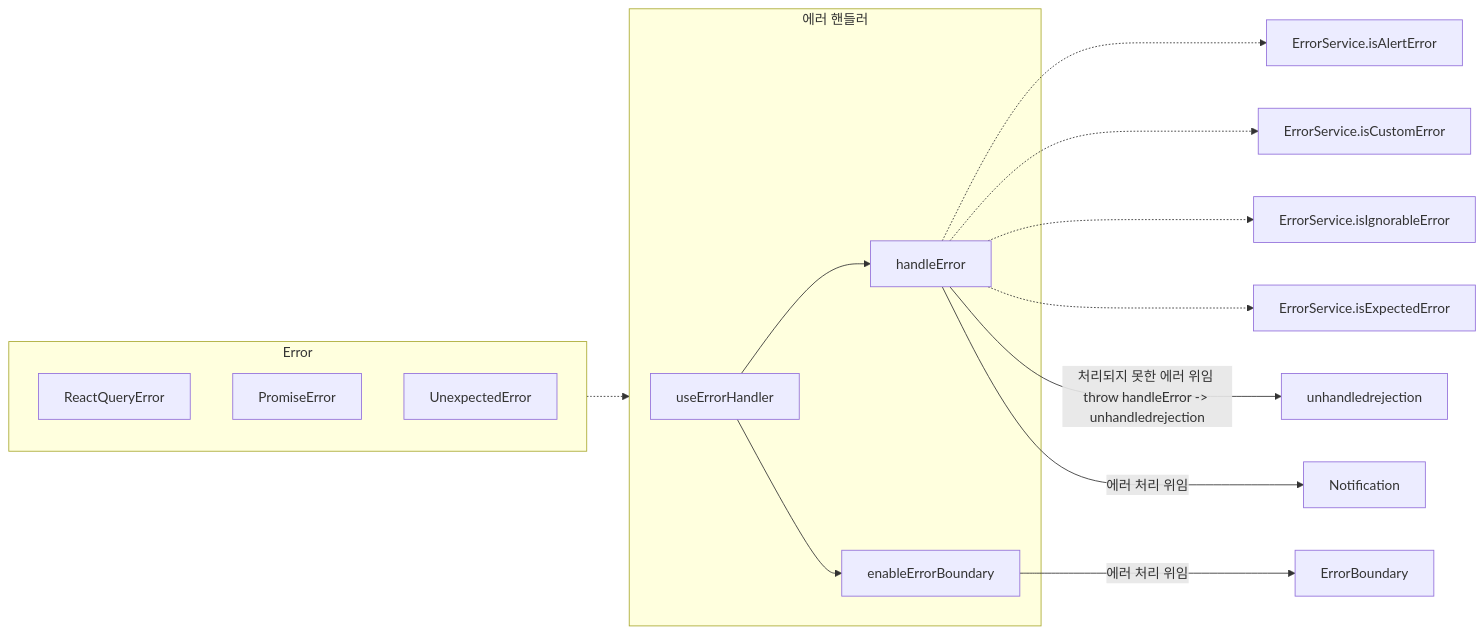
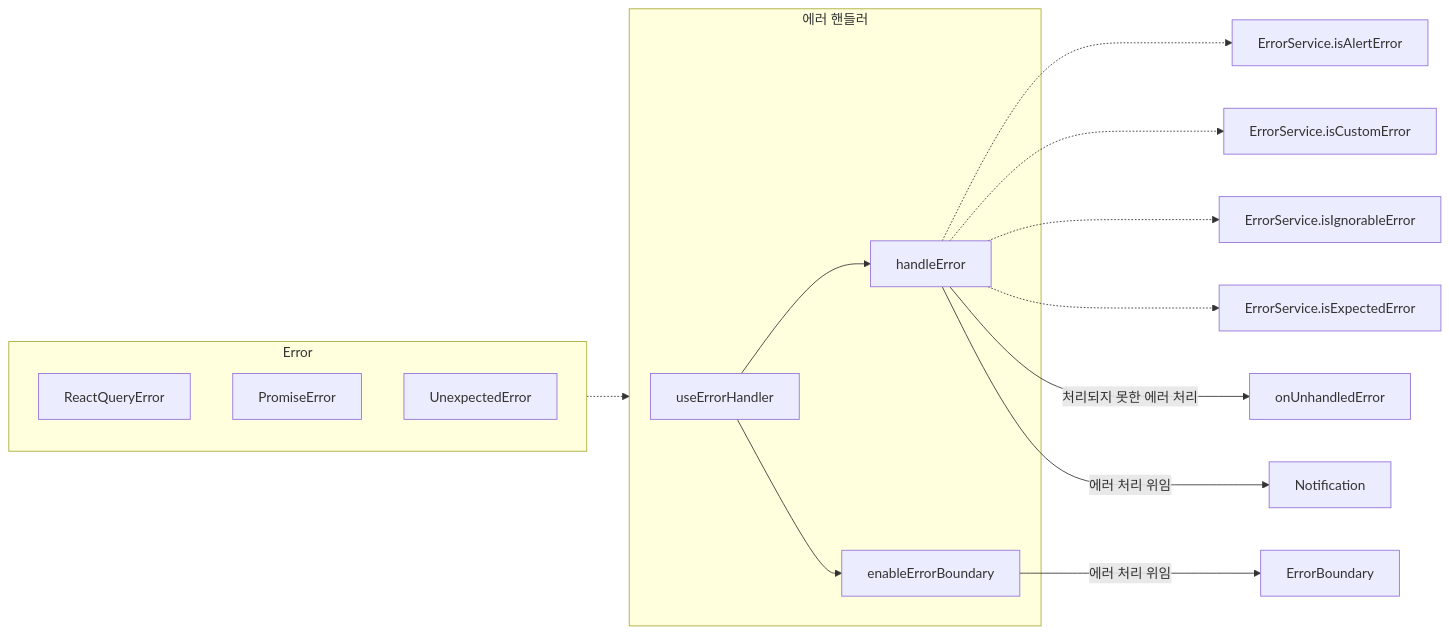
The diagram in md/error_useErrorhandler/error_useErrorhandler.md (hotehrud/architecture-mmd), drawn with Mermaid before and after one commit.

Commit message:
feat: 에러 핸들러 수정

````diff
--- a/md/error_useErrorhandler/error_useErrorhandler.md
+++ b/md/error_useErrorhandler/error_useErrorhandler.md
@@ -3,31 +3,31 @@
 ```mermaid
 %% errorHandling - useErrorHandler
 graph LR
     %% __START useErrorHandler
     useErrorHandler --> handleError
     useErrorHandler --> enableErrorBoundary
     handleError -.-> ErrorService.isAlertError
     handleError -.-> ErrorService.isCustomError
     handleError -.-> ErrorService.isIgnorableError
     handleError -.-> ErrorService.isExpectedError
-    handleError --> |처리되지 못한 에러 위임 throw handleError -> unhandledrejection| unhandledrejection
+    handleError --> |처리되지 못한 에러 처리| onUnhandledError
     handleError --> |에러 처리 위임| Notification
     enableErrorBoundary --> |에러 처리 위임| ErrorBoundary
 
     subgraph UseErrorHandlerGroup["에러 핸들러"]
         useErrorHandler
         handleError
         enableErrorBoundary
     end
 
     %% __END useErrorHandler
 
     subgraph Error
         ReactQueryError
         PromiseError
         UnexpectedError
     end
 
     Error -.-> UseErrorHandlerGroup
 
 ```
````
